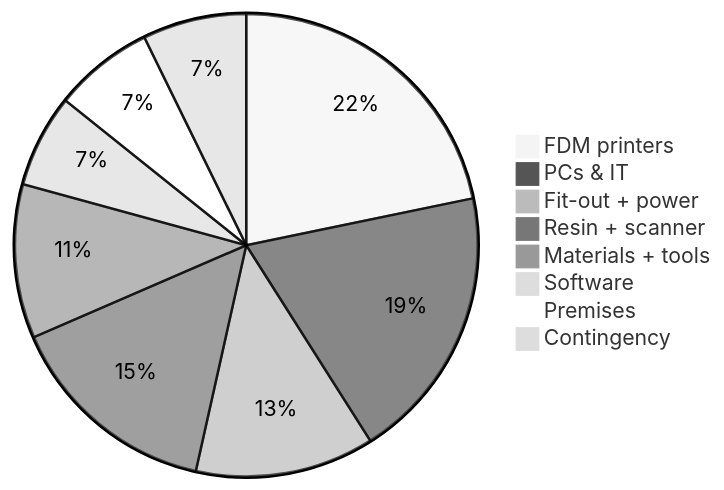
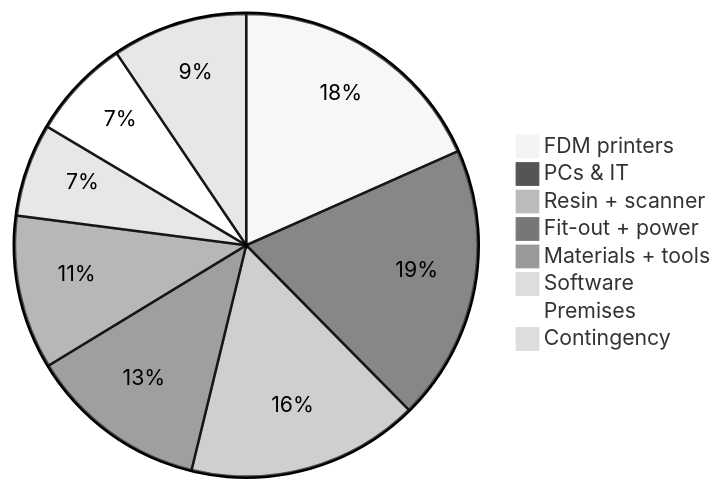
The third of 4 diagrams in README.md (srikumar1987/3D), drawn with Mermaid (neutral theme) before and after one commit. The commit also changed other lines of this file and 14 other files, not shown here.

````diff
--- a/README.md
+++ b/README.md
@@ -87,11 +119,11 @@
 ```mermaid
 pie
-    "FDM printers" : 4.35
+    "FDM printers" : 3.67
     "PCs & IT" : 3.85
+    "Resin + scanner" : 3.24
     "Fit-out + power" : 2.50
-    "Resin + scanner" : 3.00
     "Materials + tools" : 2.15
     "Software" : 1.30
     "Premises" : 1.40
-    "Contingency" : 1.45
+    "Contingency" : 1.89
 ```
````
